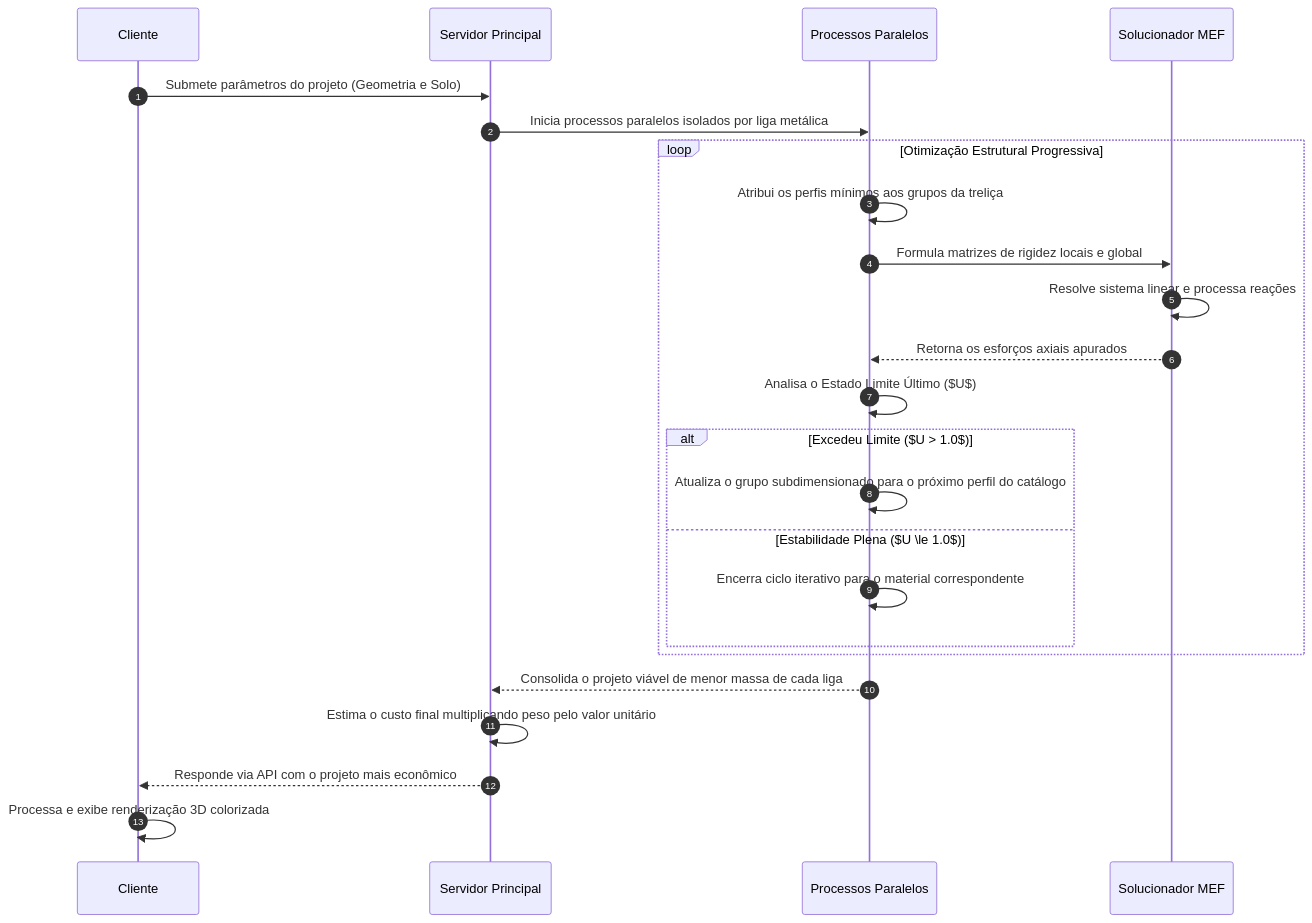
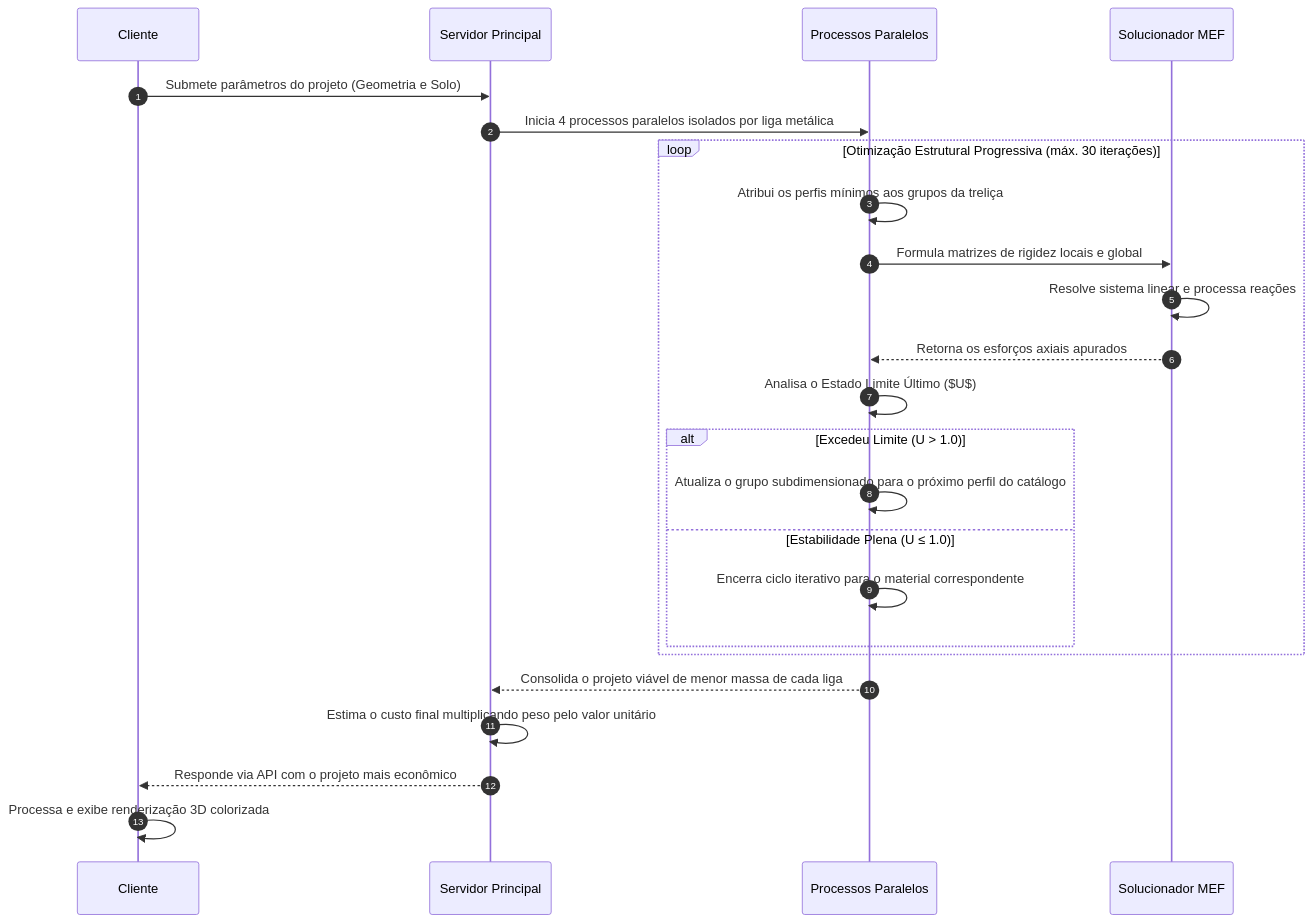
One commit to paulomml/truss-opt-3d changed the second of 2 diagrams in README.md. Above: the diagram before and after it, drawn with Mermaid. The commit also changed other lines of this file, not shown here.

````diff
--- a/README.md
+++ b/README.md
@@ -184,30 +199,30 @@
 ```mermaid
 sequenceDiagram
     autonumber
     participant Usr as Cliente
     participant Srv as Servidor Principal
     participant Cpu as Processos Paralelos
     participant Mef as Solucionador MEF
 
     Usr->>Srv: Submete parâmetros do projeto (Geometria e Solo)
-    Srv->>Cpu: Inicia processos paralelos isolados por liga metálica
+    Srv->>Cpu: Inicia 4 processos paralelos isolados por liga metálica
 
-    loop Otimização Estrutural Progressiva
+    loop Otimização Estrutural Progressiva (máx. 30 iterações)
         Cpu->>Cpu: Atribui os perfis mínimos aos grupos da treliça
         Cpu->>Mef: Formula matrizes de rigidez locais e global
         Mef->>Mef: Resolve sistema linear e processa reações
         Mef-->>Cpu: Retorna os esforços axiais apurados
         Cpu->>Cpu: Analisa o Estado Limite Último ($U$)
 
-        alt Excedeu Limite ($U > 1.0$)
+        alt Excedeu Limite (U > 1.0)
             Cpu->>Cpu: Atualiza o grupo subdimensionado para o próximo perfil do catálogo
-        else Estabilidade Plena ($U \le 1.0$)
+        else Estabilidade Plena (U ≤ 1.0)
             Cpu->>Cpu: Encerra ciclo iterativo para o material correspondente
         end
     end
 
     Cpu-->>Srv: Consolida o projeto viável de menor massa de cada liga
     Srv->>Srv: Estima o custo final multiplicando peso pelo valor unitário
     Srv-->>Usr: Responde via API com o projeto mais econômico
     Usr->>Usr: Processa e exibe renderização 3D colorizada
 ```
````
